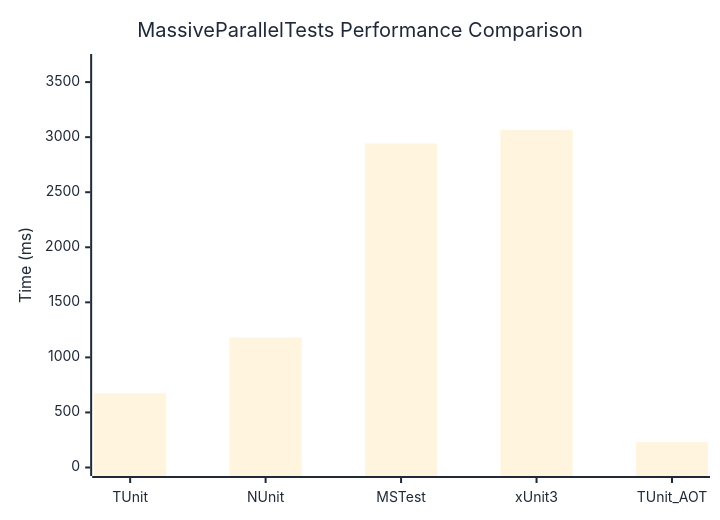
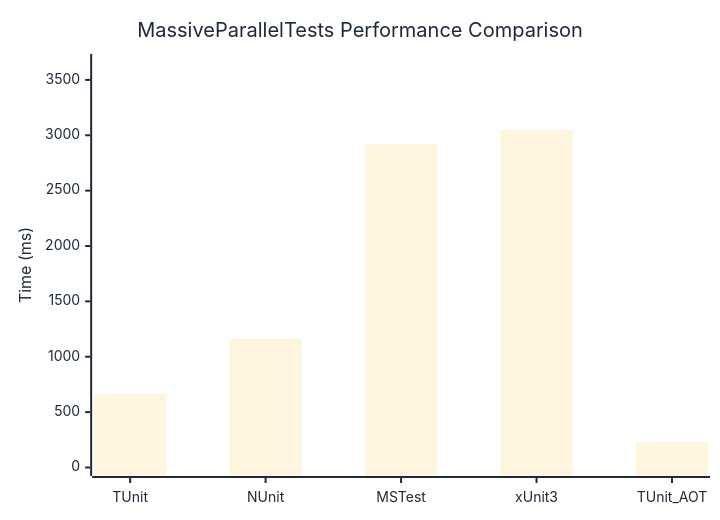
The diagram in docs/docs/benchmarks/MassiveParallelTests.md (thomhurst/TUnit), drawn with Mermaid before and after one commit. The commit also changed other lines of this file and 17 other files, not shown here.

````diff
--- a/docs/docs/benchmarks/MassiveParallelTests.md
+++ b/docs/docs/benchmarks/MassiveParallelTests.md
@@ -27,37 +27,37 @@
 ```mermaid
 %%{init: {
   'theme':'base',
   'themeVariables': {
     'primaryColor': '#2563eb',
     'primaryTextColor': '#1f2937',
     'primaryBorderColor': '#1e40af',
     'lineColor': '#6b7280',
     'secondaryColor': '#7c3aed',
     'tertiaryColor': '#dc2626',
     'background': '#ffffff',
     'mainBkg': '#2563eb',
     'secondBkg': '#7c3aed',
     'tertiaryBkg': '#dc2626',
     'clusterBkg': '#f3f4f6',
     'edgeLabelBackground': '#ffffff',
     'tertiaryTextColor': '#1f2937',
     'pie1': '#2563eb',
     'pie2': '#7c3aed',
     'pie3': '#dc2626',
     'pie4': '#f59e0b',
     'pie5': '#10b981',
     'pie6': '#06b6d4',
     'pie7': '#ec4899',
     'pie8': '#6366f1',
     'pie9': '#84cc16',
     'pie10': '#f97316',
     'pie11': '#14b8a6',
     'pie12': '#a855f7'
   }
 }}%%
 xychart-beta
   title "MassiveParallelTests Performance Comparison"
   x-axis ["TUnit", "NUnit", "MSTest", "xUnit3", "TUnit_AOT"]
-  y-axis "Time (ms)" 0 --> 3678
-  bar [673.1, 1181.3, 2941.7, 3064.7, 230.6]
+  y-axis "Time (ms)" 0 --> 3657
+  bar [665.9, 1161.6, 2920.3, 3046.8, 230.3]
 ```
````
